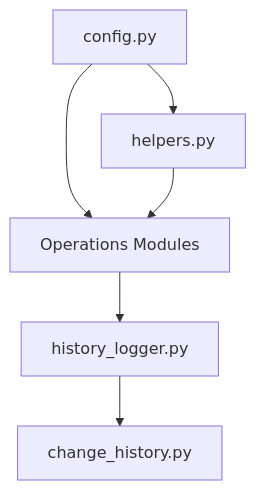
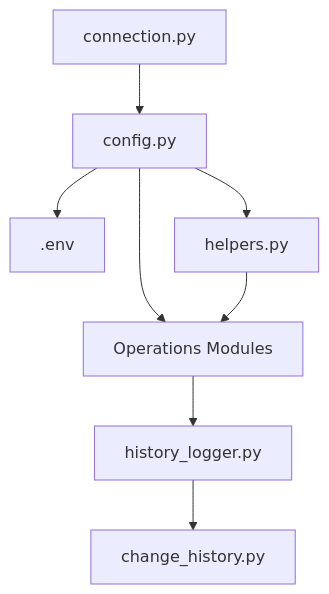
One commit to austinsonger/elastic-janitor changed diagram 12 of 12 in .qoder/repowiki/en/content/Safety and Security Features.md. Above: the diagram before and after it, drawn with Mermaid. The commit also changed other lines of this file and 51 other files, not shown here.

````diff
--- a/.qoder/repowiki/en/content/Safety and Security Features.md
+++ b/.qoder/repowiki/en/content/Safety and Security Features.md
@@ -380,13 +472,17 @@
 ```mermaid
 graph TB
 CFG["config.py"]
+ENV[".env"]
+CONN["connection.py"]
 HLP["helpers.py"]
 HIST["history_logger.py"]
 CHIST["change_history.py"]
 OPS["Operations Modules"]
+CFG --> ENV
+CONN --> CFG
 CFG --> HLP
 CFG --> OPS
 HLP --> OPS
 HIST --> CHIST
 OPS --> HIST
 ```
````
